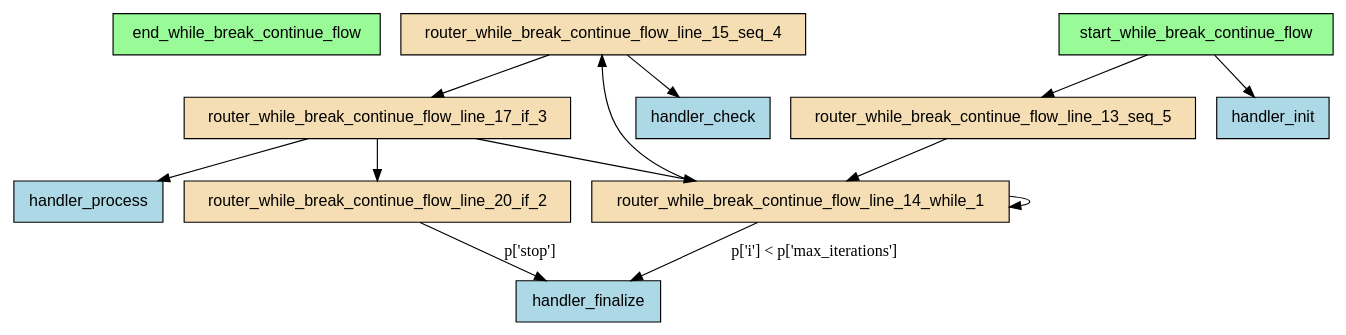
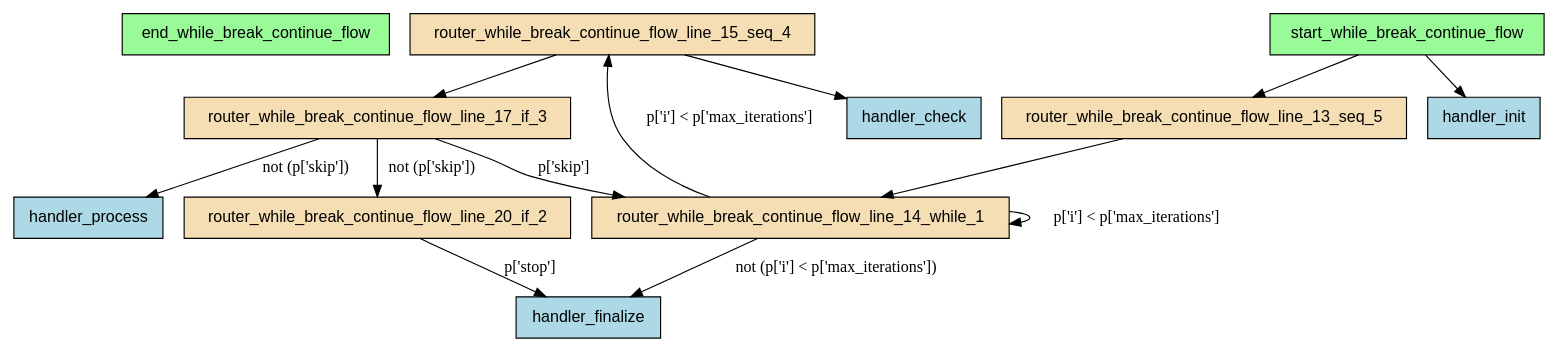
The diagram in examples/flows/compiled/while_break_continue/flow.dot (deliveryhero/asya), drawn with Graphviz before and after one commit. The commit also changed 163 other files, not shown here.

```diff
--- a/examples/flows/compiled/while_break_continue/flow.dot
+++ b/examples/flows/compiled/while_break_continue/flow.dot
@@ -1,29 +1,29 @@
 digraph "while_break_continue_flow" {
     rankdir=TB;
     node [shape=box, style=filled, fontname="Helvetica"];
 
     end_while_break_continue_flow [label="end_while_break_continue_flow", fillcolor=palegreen];
     handler_check [label="handler_check", fillcolor=lightblue];
     handler_finalize [label="handler_finalize", fillcolor=lightblue];
     handler_init [label="handler_init", fillcolor=lightblue];
     handler_process [label="handler_process", fillcolor=lightblue];
     router_while_break_continue_flow_line_13_seq_5 [label="router_while_break_continue_flow_line_13_seq_5", fillcolor=wheat];
     router_while_break_continue_flow_line_14_while_1 [label="router_while_break_continue_flow_line_14_while_1", fillcolor=wheat];
     router_while_break_continue_flow_line_15_seq_4 [label="router_while_break_continue_flow_line_15_seq_4", fillcolor=wheat];
     router_while_break_continue_flow_line_17_if_3 [label="router_while_break_continue_flow_line_17_if_3", fillcolor=wheat];
     router_while_break_continue_flow_line_20_if_2 [label="router_while_break_continue_flow_line_20_if_2", fillcolor=wheat];
     start_while_break_continue_flow [label="start_while_break_continue_flow", fillcolor=palegreen];
 
     start_while_break_continue_flow -> handler_init;
     start_while_break_continue_flow -> router_while_break_continue_flow_line_13_seq_5;
     router_while_break_continue_flow_line_20_if_2 -> handler_finalize [label="p['stop']"];
-    router_while_break_continue_flow_line_17_if_3 -> router_while_break_continue_flow_line_14_while_1;
-    router_while_break_continue_flow_line_17_if_3 -> handler_process;
-    router_while_break_continue_flow_line_17_if_3 -> router_while_break_continue_flow_line_20_if_2;
+    router_while_break_continue_flow_line_17_if_3 -> router_while_break_continue_flow_line_14_while_1 [label="p['skip']"];
+    router_while_break_continue_flow_line_17_if_3 -> handler_process [label="not (p['skip'])"];
+    router_while_break_continue_flow_line_17_if_3 -> router_while_break_continue_flow_line_20_if_2 [label="not (p['skip'])"];
     router_while_break_continue_flow_line_15_seq_4 -> handler_check;
     router_while_break_continue_flow_line_15_seq_4 -> router_while_break_continue_flow_line_17_if_3;
-    router_while_break_continue_flow_line_14_while_1 -> router_while_break_continue_flow_line_15_seq_4;
-    router_while_break_continue_flow_line_14_while_1 -> router_while_break_continue_flow_line_14_while_1;
-    router_while_break_continue_flow_line_14_while_1 -> handler_finalize [label="p['i'] < p['max_iterations']"];
+    router_while_break_continue_flow_line_14_while_1 -> router_while_break_continue_flow_line_15_seq_4 [label="p['i'] < p['max_iterations']"];
+    router_while_break_continue_flow_line_14_while_1 -> router_while_break_continue_flow_line_14_while_1 [label="p['i'] < p['max_iterations']"];
+    router_while_break_continue_flow_line_14_while_1 -> handler_finalize [label="not (p['i'] < p['max_iterations'])"];
     router_while_break_continue_flow_line_13_seq_5 -> router_while_break_continue_flow_line_14_while_1;
 }
```
